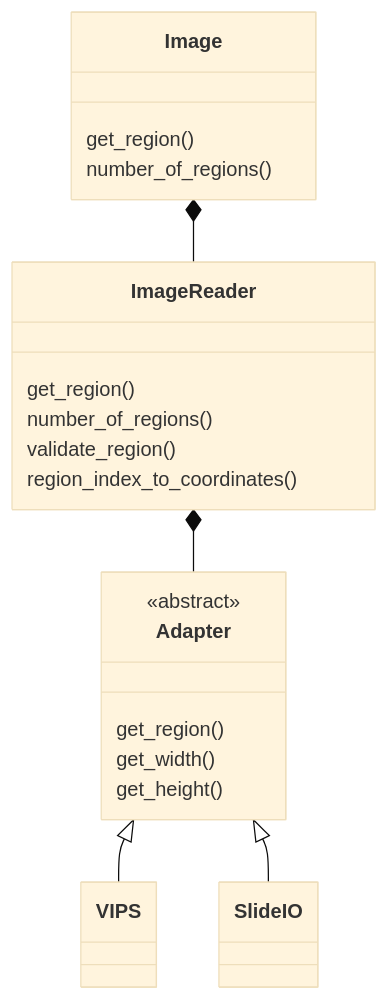
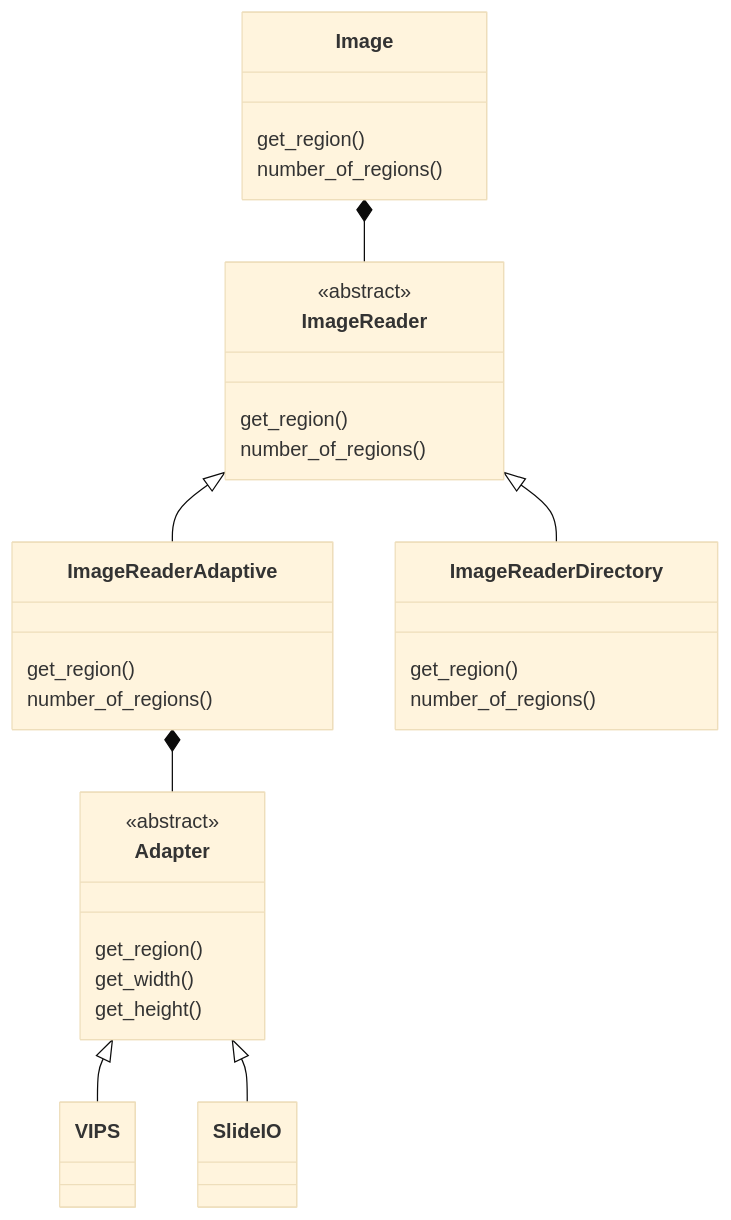
Before and after one commit to Digital-Pathology/UnifiedImageReader: the diagram in README.md, drawn with Mermaid (base theme). The commit also changed other lines of this file, not shown here.

Commit message:
Updated class diagram and isntallation instructions

````diff
--- a/README.md
+++ b/README.md
@@ -3,23 +3,32 @@
 ```mermaid
 classDiagram
     Image *-- ImageReader
-    ImageReader *-- Adapter
+    ImageReader <|-- ImageReaderAdaptive
+    ImageReader <|-- ImageReaderDirectory
+    ImageReaderAdaptive *-- Adapter
     Adapter <|-- VIPS
     Adapter <|-- SlideIO
     class Image {
         get_region()
         number_of_regions()
     }
     class ImageReader {
+        <<abstract>>
         get_region()
         number_of_regions()
-        validate_region()
-        region_index_to_coordinates()
+    }
+    class ImageReaderAdaptive {
+        get_region()
+        number_of_regions()
+    }
+    class ImageReaderDirectory {
+        get_region()
+        number_of_regions()
     }
     class Adapter {
         <<abstract>>
         get_region()
         get_width()
         get_height()
     }
 ```
````
